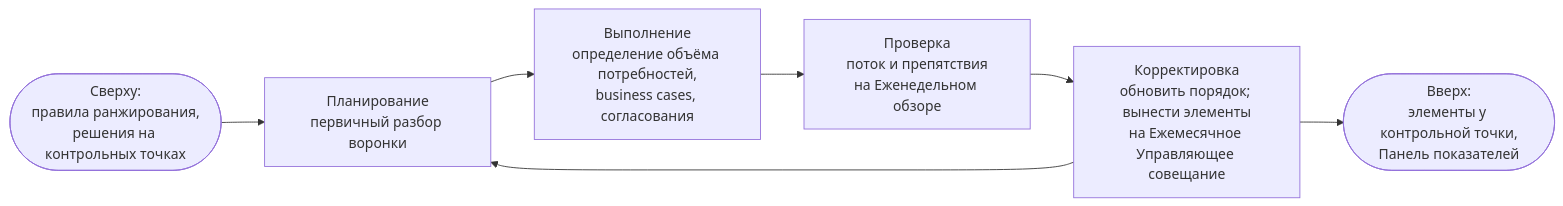
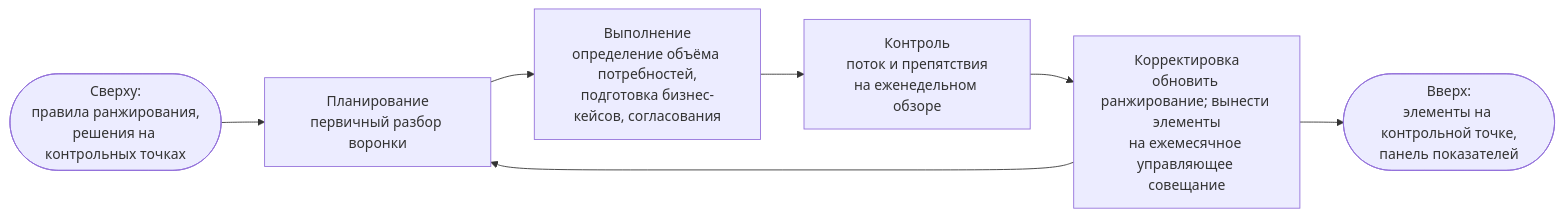
The fifth of 5 diagrams in portal/content/ru/portfolio/the-loops-and-governance.md (devhogu/ob-aicc), drawn with Mermaid before and after one commit. The commit also changed other lines of this file and 16 other files, not shown here.

````diff
--- a/portal/content/ru/portfolio/the-loops-and-governance.md
+++ b/portal/content/ru/portfolio/the-loops-and-governance.md
@@ -79,9 +79,9 @@
 ```mermaid
 flowchart LR
   IN(["Сверху:<br/>правила ранжирования,<br/>решения на контрольных точках"]) --> P["Планирование<br/>первичный разбор воронки"]
-  P --> D["Выполнение<br/>определение объёма потребностей,<br/>business cases, согласования"]
-  D --> C["Проверка<br/>поток и препятствия<br/>на Еженедельном обзоре"]
-  C --> A["Корректировка<br/>обновить порядок; вынести элементы<br/>на Ежемесячное Управляющее совещание"]
+  P --> D["Выполнение<br/>определение объёма потребностей,<br/>подготовка бизнес-кейсов, согласования"]
+  D --> C["Контроль<br/>поток и препятствия<br/>на еженедельном обзоре"]
+  C --> A["Корректировка<br/>обновить ранжирование; вынести элементы<br/>на ежемесячное управляющее совещание"]
   A --> P
-  A --> OUT(["Вверх:<br/>элементы у контрольной точки,<br/>Панель показателей"])
+  A --> OUT(["Вверх:<br/>элементы на контрольной точке,<br/>панель показателей"])
 ```
````
